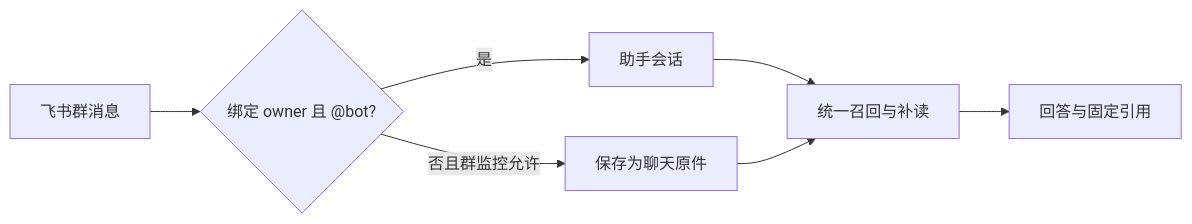
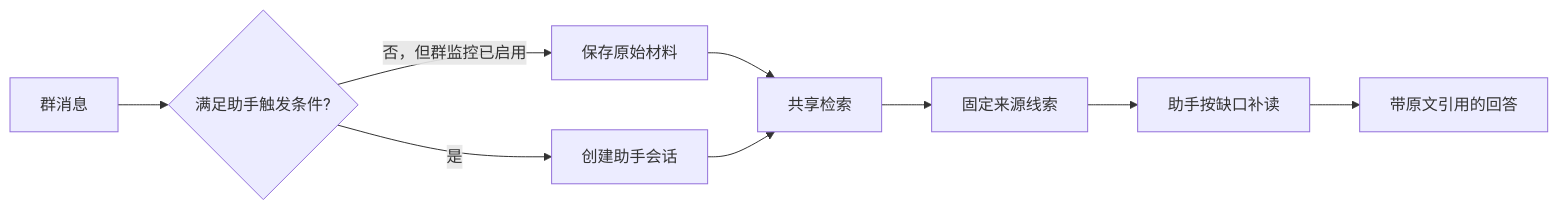
Before and after one commit to lejunyang/omem: the diagram in .repo-review/knowledge/articles/c7ef9ab86227b21952d1f3567bf0ff43a7d5e858dd8fb114a0775b4a78d08de5.md, drawn with Mermaid. The commit also changed other lines of this file and 13 other files, not shown here.

````diff
--- a/.repo-review/knowledge/articles/c7ef9ab86227b21952d1f3567bf0ff43a7d5e858dd8fb114a0775b4a78d08de5.md
+++ b/.repo-review/knowledge/articles/c7ef9ab86227b21952d1f3567bf0ff43a7d5e858dd8fb114a0775b4a78d08de5.md
@@ -14,9 +12,11 @@
 ```mermaid
 flowchart LR
-  A[飞书群消息] --> B{绑定 owner 且 @bot?}
-  B -->|是| C[助手会话]
-  B -->|否且群监控允许| D[保存为聊天原件]
-  C --> E[统一召回与补读]
+  A[群消息] --> B{满足助手触发条件?}
+  B -- 否，但群监控已启用 --> C[保存原始材料]
+  B -- 是 --> D[创建助手会话]
+  C --> E[共享检索]
   D --> E
-  E --> F[回答与固定引用]
+  E --> F[固定来源线索]
+  F --> G[助手按缺口补读]
+  G --> H[带原文引用的回答]
 ```
````
